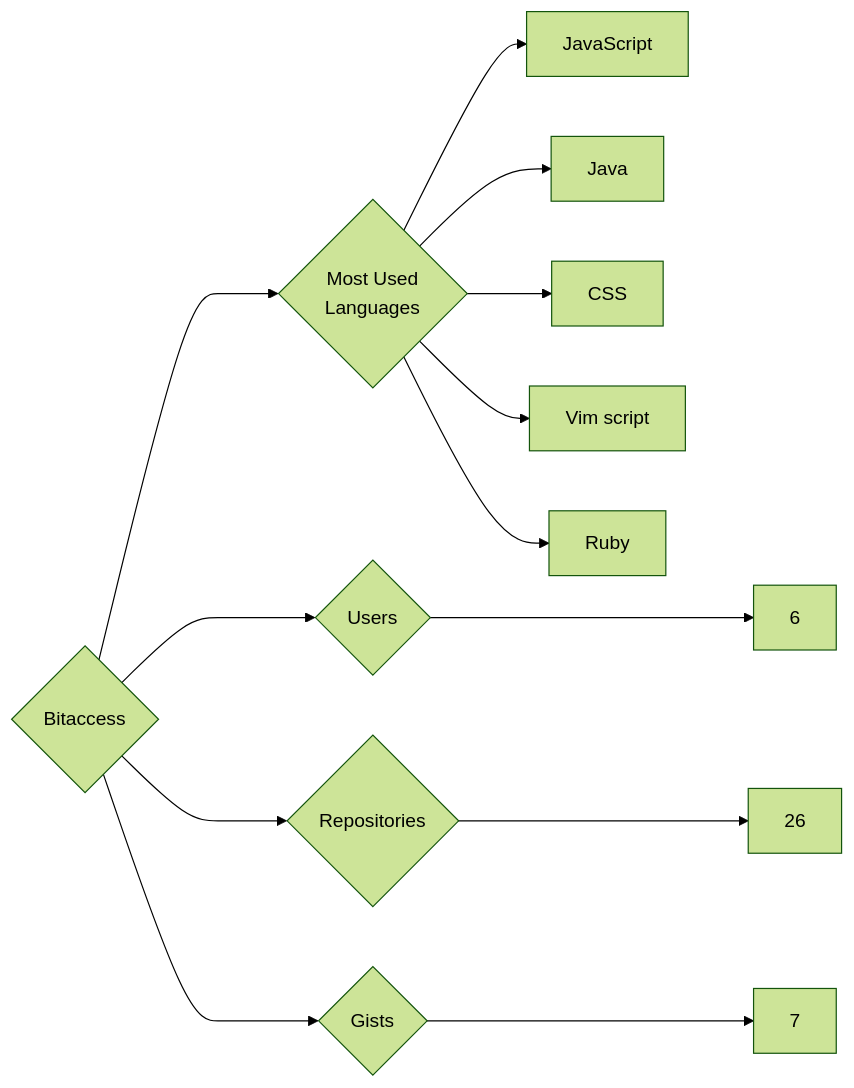
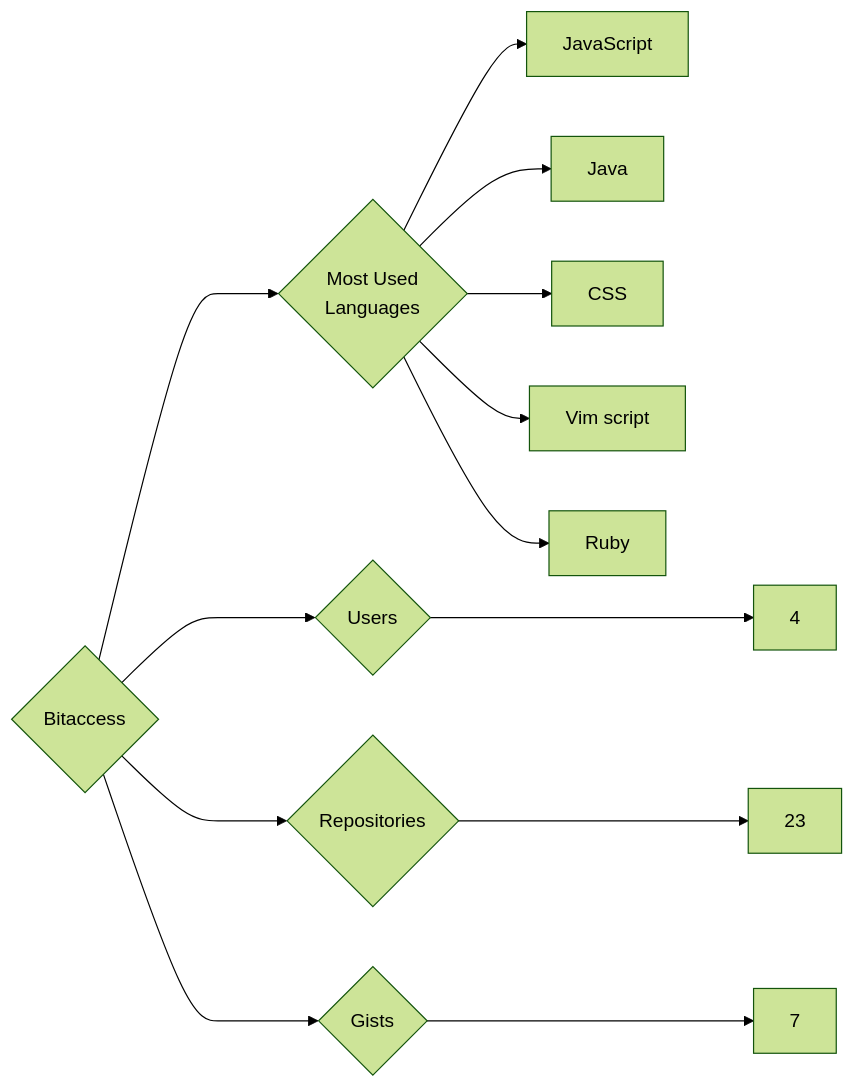
One commit to trickest/insiders changed the diagram in targets/Bitaccess/README.md. Above: the diagram before and after it, drawn with Mermaid (forest theme). The commit also changed 925 other files, not shown here.

````diff
--- a/targets/Bitaccess/README.md
+++ b/targets/Bitaccess/README.md
@@ -3,13 +3,13 @@
 ```mermaid
 graph LR
 COMPANY_NAME{Bitaccess}
-COMPANY_NAME ---> U{Users} ---> UN[6]
-COMPANY_NAME ---> R{Repositories} ---> RN[26]
+COMPANY_NAME ---> U{Users} ---> UN[4]
+COMPANY_NAME ---> R{Repositories} ---> RN[23]
 COMPANY_NAME ---> G{Gists} ---> GN[7]
 COMPANY_NAME ---> ML{Most Used<br>Languages}
 ML --> JavaScript[JavaScript]
 ML --> Java[Java]
 ML --> CSS[CSS]
 ML --> Vim_script[Vim script]
 ML --> Ruby[Ruby]
 ```
````
